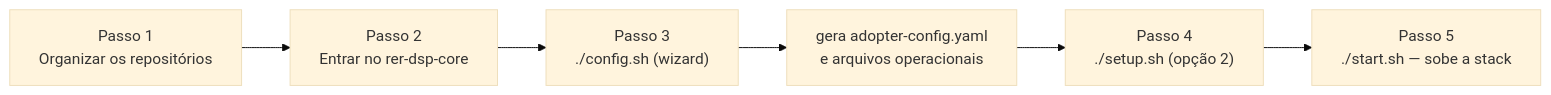
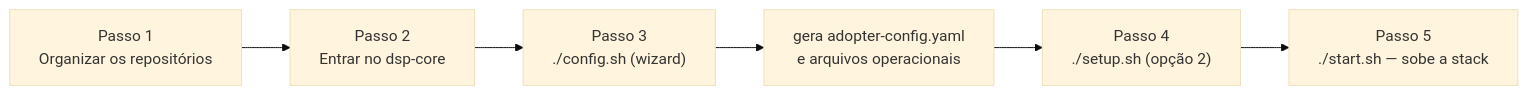
Before and after one commit to Rural-Environmental-Registry/dsp-docs: the diagram in docs/pt-br/guides/full-installation.md, drawn with Mermaid (base theme). The commit also changed other lines of this file and 31 other files, not shown here.

First line of the commit message:
docs: rename rer-dsp-* references to dsp-* after repo rename

````diff
--- a/docs/pt-br/guides/full-installation.md
+++ b/docs/pt-br/guides/full-installation.md
@@ -20,8 +20,8 @@
 ```mermaid
 flowchart LR
-  r["Passo 1<br/>Organizar os repositórios"] --> e["Passo 2<br/>Entrar no rer-dsp-core"]
+  r["Passo 1<br/>Organizar os repositórios"] --> e["Passo 2<br/>Entrar no dsp-core"]
   e --> a["Passo 3<br/>./config.sh (wizard)"]
   a --> b["gera adopter-config.yaml<br/>e arquivos operacionais"]
   b --> c["Passo 4<br/>./setup.sh (opção 2)"]
   c --> d["Passo 5<br/>./start.sh — sobe a stack"]
 ```
````
